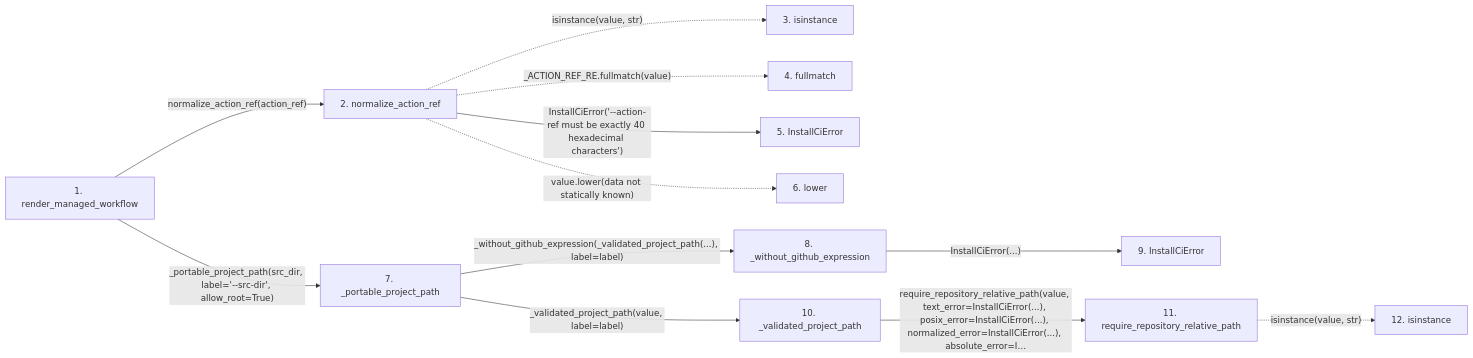
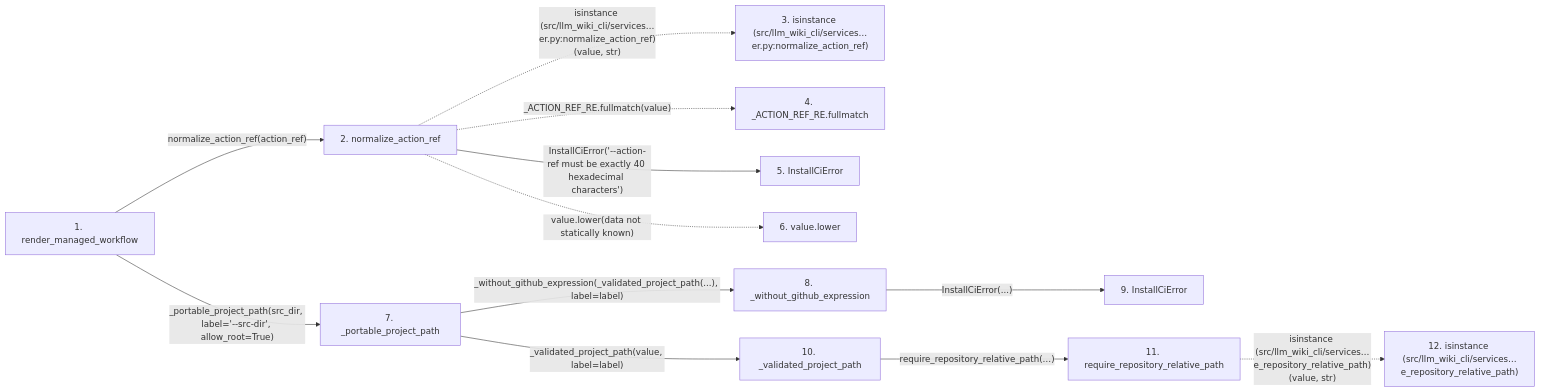
One commit to Denissvgn/python-wiki-llm changed the second of 2 diagrams in docs/llm_wiki/flows/api-render_managed_workflow.md. Above: the diagram before and after it, drawn with Mermaid. The commit also changed other lines of this file and 719 other files, not shown here.

````diff
--- a/docs/llm_wiki/flows/api-render_managed_workflow.md
+++ b/docs/llm_wiki/flows/api-render_managed_workflow.md
@@ -72,34 +74,34 @@
 ```mermaid
 flowchart LR
     s1["1. render_managed_workflow"]
     s2["2. normalize_action_ref"]
-    s3["3. isinstance"]
-    s4["4. fullmatch"]
+    s3["3. isinstance (src/llm_wiki_cli/services…er.py:normalize_action_ref)"]
+    s4["4. _ACTION_REF_RE.fullmatch"]
     s5["5. InstallCiError"]
-    s6["6. lower"]
+    s6["6. value.lower"]
     s7["7. _portable_project_path"]
     s8["8. _without_github_expression"]
     s9["9. InstallCiError"]
     s10["10. _validated_project_path"]
     s11["11. require_repository_relative_path"]
-    s12["12. isinstance"]
+    s12["12. isinstance (src/llm_wiki_cli/services…e_repository_relative_path)"]
     s1 -->|"normalize_action_ref(action_ref)"| s2
-    s2 -. "isinstance(value, str)" .-> s3
+    s2 -. "isinstance (src/llm_wiki_cli/services…er.py:normalize_action_ref)(value, str)" .-> s3
     s2 -. "_ACTION_REF_RE.fullmatch(value)" .-> s4
     s2 -->|"InstallCiError('--action-ref must be exactly 40 hexadecimal characters')"| s5
     s2 -. "value.lower(data not statically known)" .-> s6
     s1 -->|"_portable_project_path(src_dir, label='--src-dir', allow_root=True)"| s7
     s7 -->|"_without_github_expression(_validated_project_path(...), label=label)"| s8
     s8 -->|"InstallCiError(...)"| s9
     s7 -->|"_validated_project_path(value, label=label)"| s10
-    s10 -->|"require_repository_relative_path(value, text_error=InstallCiError(...), posix_error=InstallCiError(...), normalized_error=InstallCiError(...), absolute_error=I…"| s11
-    s11 -. "isinstance(value, str)" .-> s12
+    s10 -->|"require_repository_relative_path(…)"| s11
+    s11 -. "isinstance (src/llm_wiki_cli/services…e_repository_relative_path)(value, str)" .-> s12
     click s1 "../modules/ci_installer.md"
     click s2 "../modules/ci_installer.md"
     click s5 "../modules/ci_installer.md"
     click s7 "../modules/ci_installer.md"
     click s8 "../modules/ci_installer.md"
     click s9 "../modules/ci_installer.md"
     click s10 "../modules/ci_installer.md"
     click s11 "../modules/validation.md"
 ```
````
